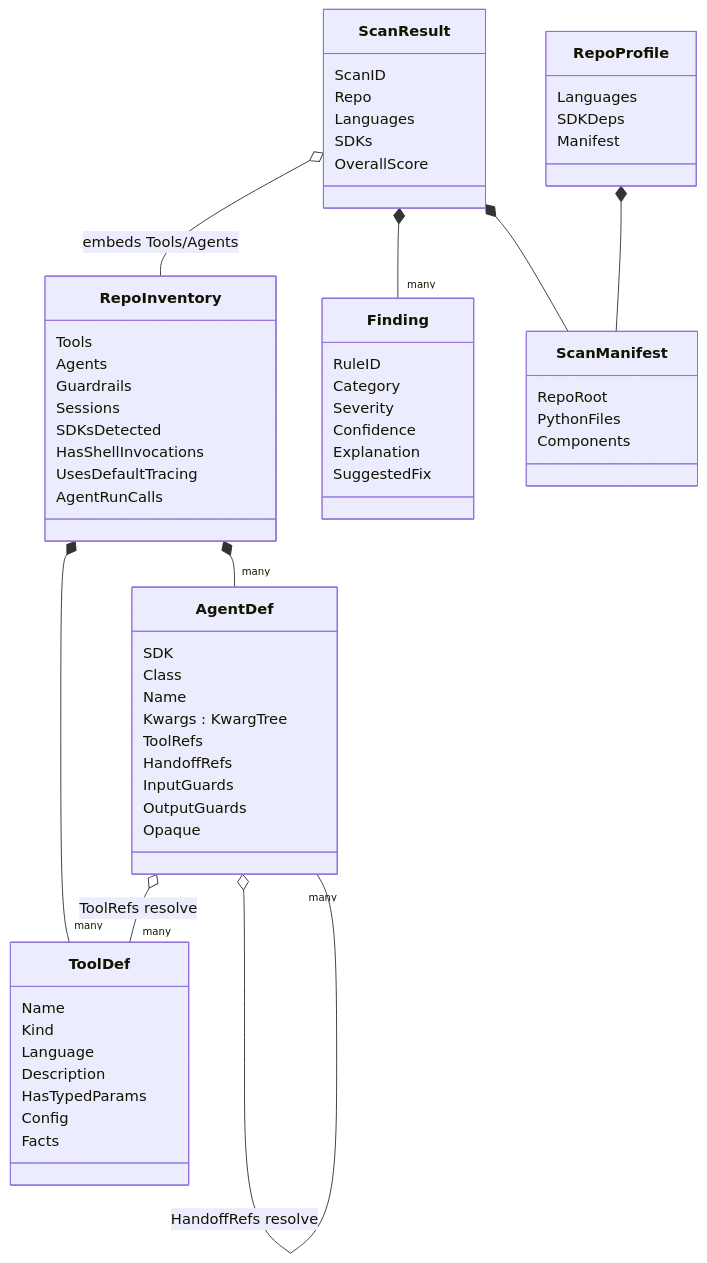
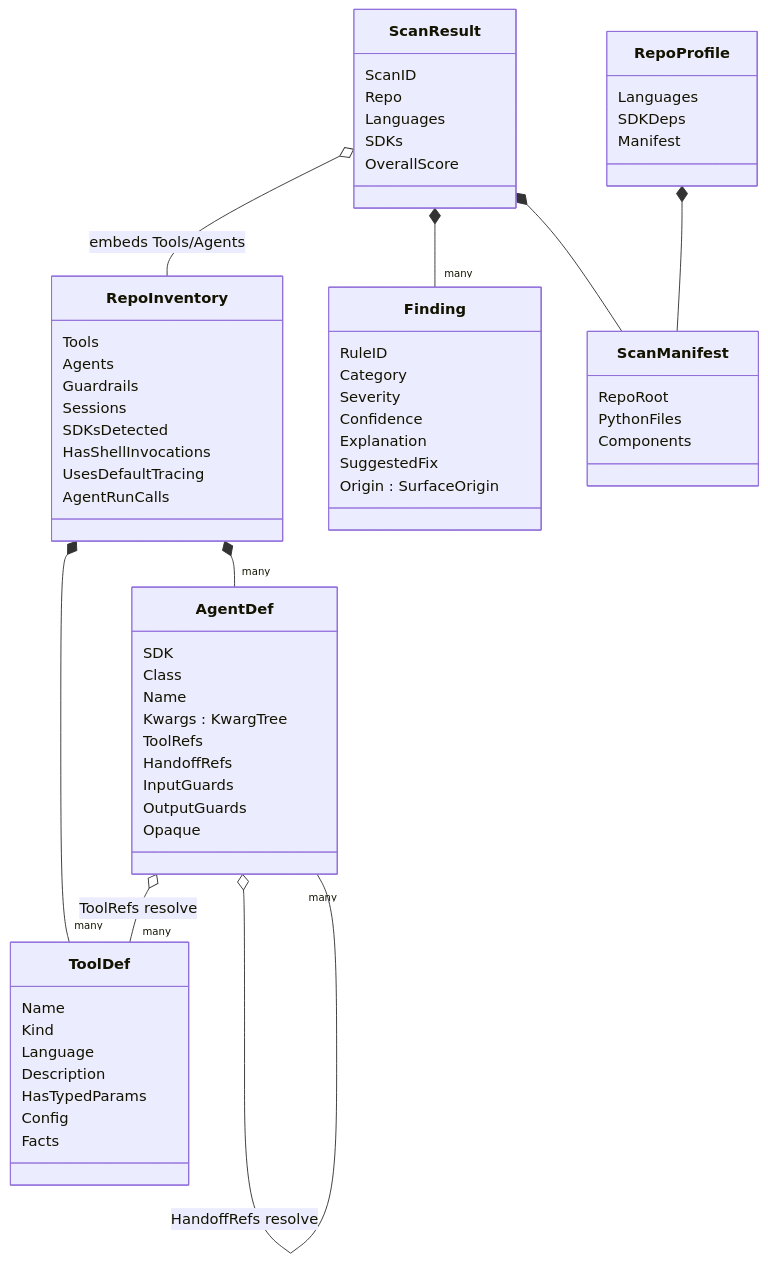
Before and after one commit to ivanpaghubasan/agent-reliability-analyzer: the third of 4 diagrams in ARCHITECTURE.md, drawn with Mermaid. The commit also changed other lines of this file and 13 other files, not shown here.

````diff
--- a/ARCHITECTURE.md
+++ b/ARCHITECTURE.md
@@ -1350,67 +1390,68 @@
 ```mermaid
 classDiagram
     class ScanResult {
         ScanID
         Repo
         Languages
         SDKs
         OverallScore
     }
     class RepoProfile {
         Languages
         SDKDeps
         Manifest
     }
     class RepoInventory {
         Tools
         Agents
         Guardrails
         Sessions
         SDKsDetected
         HasShellInvocations
         UsesDefaultTracing
         AgentRunCalls
     }
     class ToolDef {
         Name
         Kind
         Language
         Description
         HasTypedParams
         Config
         Facts
     }
     class AgentDef {
         SDK
         Class
         Name
         Kwargs : KwargTree
         ToolRefs
         HandoffRefs
         InputGuards
         OutputGuards
         Opaque
     }
     class Finding {
         RuleID
         Category
         Severity
         Confidence
         Explanation
         SuggestedFix
+        Origin : SurfaceOrigin
     }
     class ScanManifest {
         RepoRoot
         PythonFiles
         Components
     }
 
     ScanResult o-- RepoInventory : embeds Tools/Agents
     ScanResult *-- "many" Finding
     ScanResult *-- ScanManifest
     RepoProfile *-- ScanManifest
     RepoInventory *-- "many" ToolDef
     RepoInventory *-- "many" AgentDef
     AgentDef o-- "many" ToolDef : ToolRefs resolve
     AgentDef o-- "many" AgentDef : HandoffRefs resolve
 ```
````
